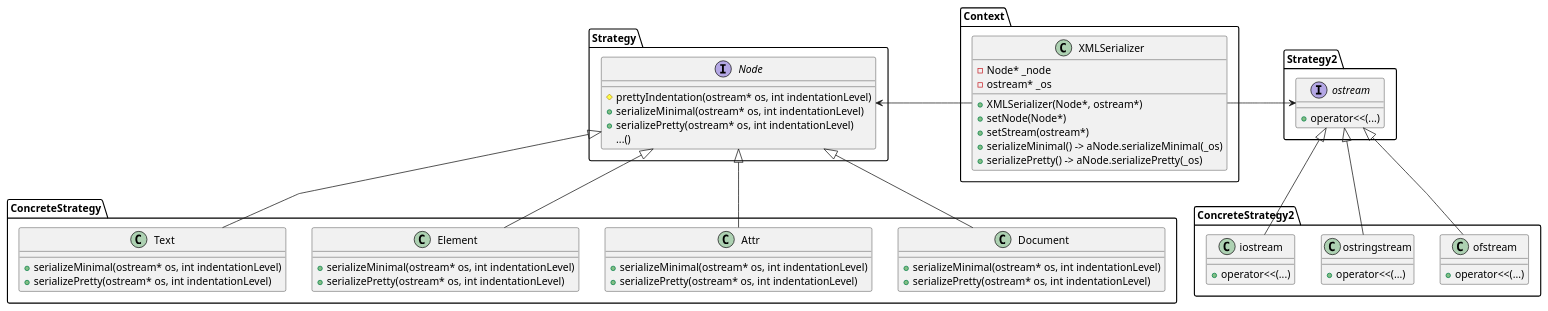
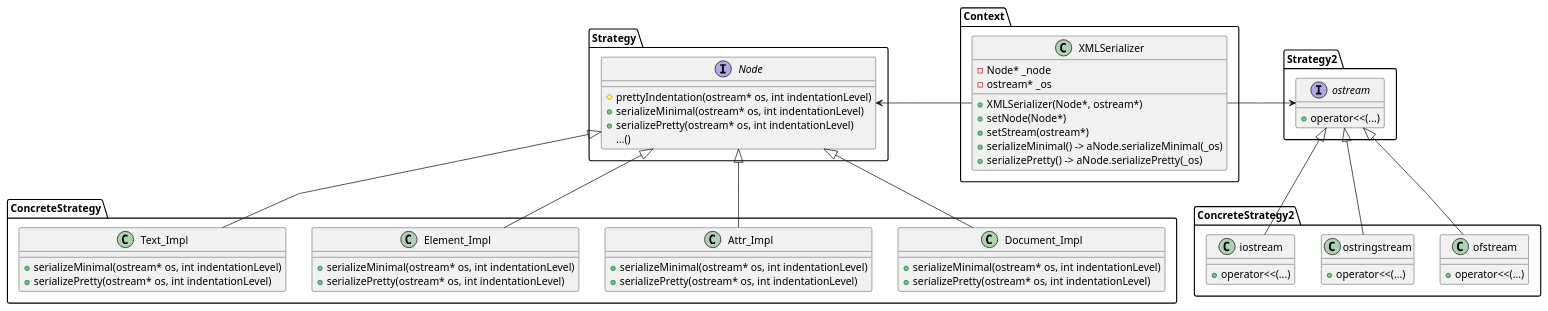
The diagram in Strategy.wsd (zavvio/EN.605.707.SP24), drawn with PlantUML before and after one commit. The commit also changed 6 other files, not shown here.

```diff
--- a/Strategy.wsd
+++ b/Strategy.wsd
@@ -1,70 +1,70 @@
 @startuml FactoryMethod
 'skinparam linetype ortho
 skinparam linetype polyline
 
 class Context.XMLSerializer {
     -Node* _node
     -ostream* _os
     +XMLSerializer(Node*, ostream*)
     +setNode(Node*)
     +setStream(ostream*)
     +serializeMinimal() -> aNode.serializeMinimal(_os)
     +serializePretty() -> aNode.serializePretty(_os)
 }
 
 interface Strategy.Node {
     ' -int indentationLevel
     ' ...
     #prettyIndentation(ostream* os, int indentationLevel)
     +serializeMinimal(ostream* os, int indentationLevel)
     +serializePretty(ostream* os, int indentationLevel)
     ...()
 }
 
-class ConcreteStrategy.Document {
+class ConcreteStrategy.Document_Impl {
     +serializeMinimal(ostream* os, int indentationLevel)
     +serializePretty(ostream* os, int indentationLevel)
 }
 
-class ConcreteStrategy.Attr {
+class ConcreteStrategy.Attr_Impl {
     +serializeMinimal(ostream* os, int indentationLevel)
     +serializePretty(ostream* os, int indentationLevel)
 }
 
-class ConcreteStrategy.Element {
+class ConcreteStrategy.Element_Impl {
     +serializeMinimal(ostream* os, int indentationLevel)
     +serializePretty(ostream* os, int indentationLevel)
 }
 
-class ConcreteStrategy.Text {
+class ConcreteStrategy.Text_Impl {
     +serializeMinimal(ostream* os, int indentationLevel)
     +serializePretty(ostream* os, int indentationLevel)
 }
 
 Strategy.Node <-right- Context.XMLSerializer
-Strategy.Node <|-down- ConcreteStrategy.Document
-Strategy.Node <|-down- ConcreteStrategy.Attr
-Strategy.Node <|-down- ConcreteStrategy.Element
-Strategy.Node <|-down- ConcreteStrategy.Text
+Strategy.Node <|-down- ConcreteStrategy.Document_Impl
+Strategy.Node <|-down- ConcreteStrategy.Attr_Impl
+Strategy.Node <|-down- ConcreteStrategy.Element_Impl
+Strategy.Node <|-down- ConcreteStrategy.Text_Impl
 
 interface Strategy2.ostream {
     +operator<<(...)
 }
 
 class ConcreteStrategy2.ofstream {
     +operator<<(...)
 }
 
 class ConcreteStrategy2.ostringstream {
     +operator<<(...)
 }
 
 class ConcreteStrategy2.iostream {
     +operator<<(...)
 }
 
 Strategy2.ostream <-right- Context.XMLSerializer
 Strategy2.ostream <|-down- ConcreteStrategy2.ofstream
 Strategy2.ostream <|-down- ConcreteStrategy2.ostringstream
 Strategy2.ostream <|-down- ConcreteStrategy2.iostream
 @enduml
```
